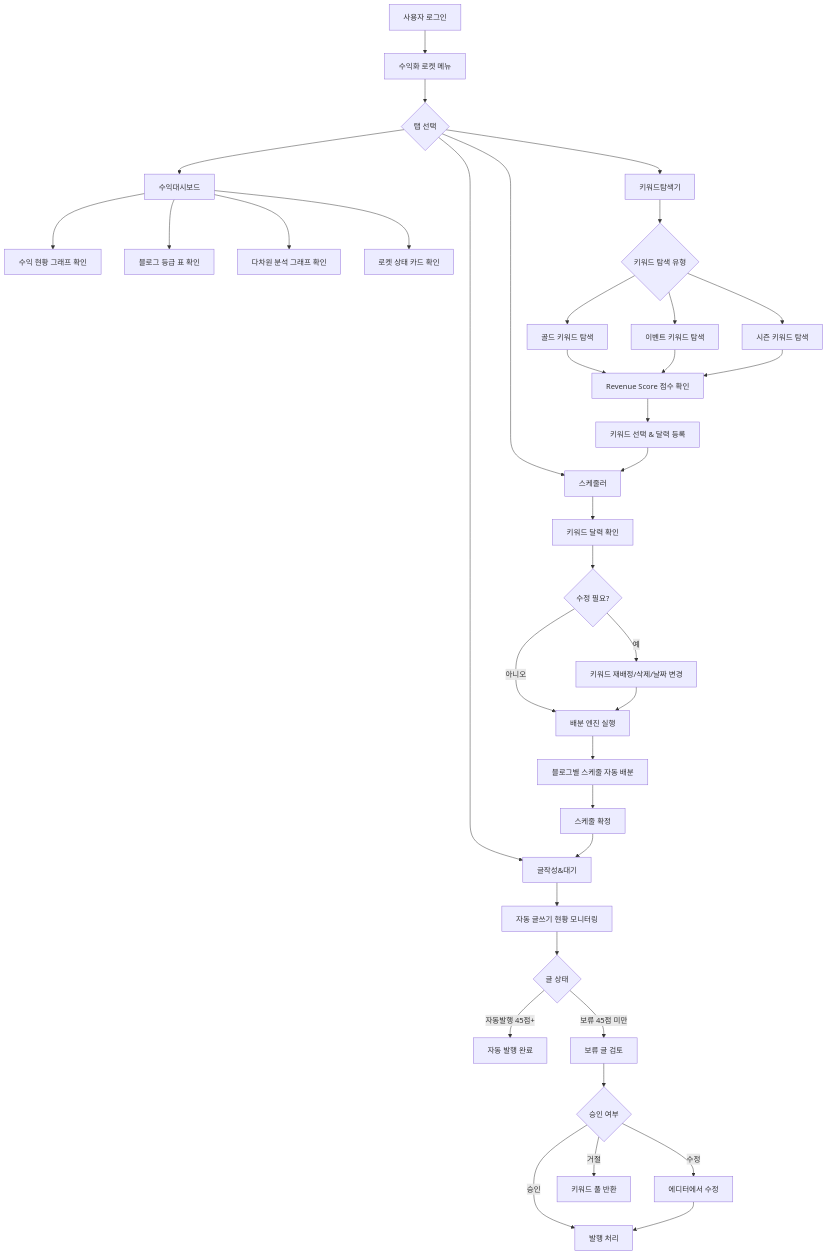
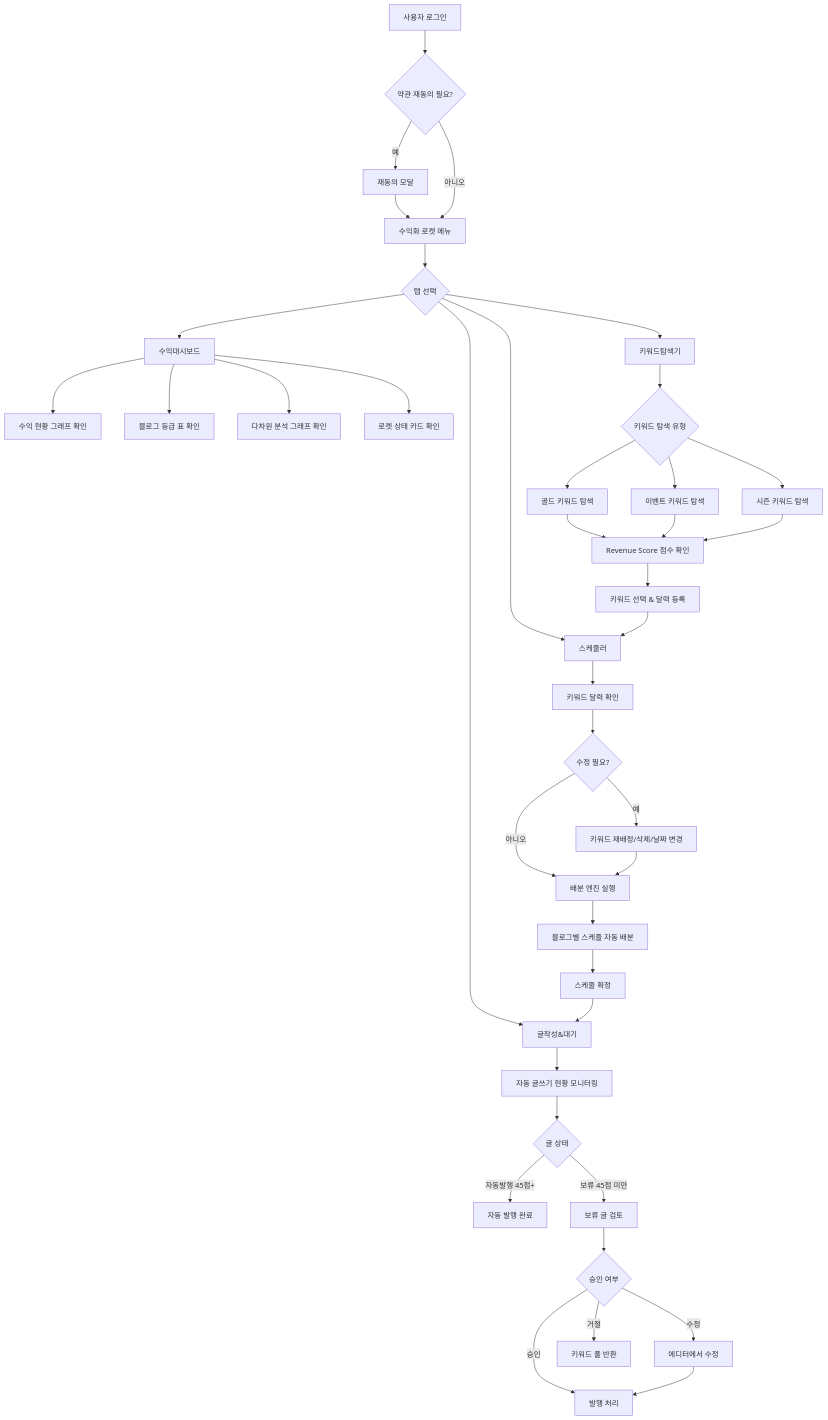
Before and after one commit to hakbun-maker/Multi-blog-hub: the first of 2 diagrams in docs/add/03-user-flow.md, drawn with Mermaid. The commit also changed other lines of this file and 348 other files, not shown here.

````diff
--- a/docs/add/03-user-flow.md
+++ b/docs/add/03-user-flow.md
@@ -9,44 +61,47 @@
 ```mermaid
 flowchart TD
-    A[사용자 로그인] --> B[수익화 로켓 메뉴]
+    A[사용자 로그인] --> A1{약관 재동의 필요?}
+    A1 --> |예| A2[재동의 모달]
+    A2 --> B[수익화 로켓 메뉴]
+    A1 --> |아니오| B[수익화 로켓 메뉴]
     B --> C{탭 선택}
 
     C --> D[수익대시보드]
     C --> E[키워드탐색기]
     C --> F[스케줄러]
     C --> G[글작성&대기]
 
     D --> D1[수익 현황 그래프 확인]
     D --> D2[블로그 등급 표 확인]
     D --> D3[다차원 분석 그래프 확인]
     D --> D4[로켓 상태 카드 확인]
 
     E --> E1{키워드 탐색 유형}
     E1 --> E2[골드 키워드 탐색]
     E1 --> E3[이벤트 키워드 탐색]
     E1 --> E4[시즌 키워드 탐색]
     E2 --> E5[Revenue Score 점수 확인]
     E3 --> E5
     E4 --> E5
     E5 --> E6[키워드 선택 & 달력 등록]
     E6 --> F
 
     F --> F1[키워드 달력 확인] 
     F1 --> F2{수정 필요?}
     F2 --> |예| F3[키워드 재배정/삭제/날짜 변경]
     F2 --> |아니오| F4[배분 엔진 실행]
     F3 --> F4
     F4 --> F5[블로그별 스케줄 자동 배분]
     F5 --> F6[스케줄 확정]
     F6 --> G
 
     G --> G1[자동 글쓰기 현황 모니터링]
     G1 --> G2{글 상태}
     G2 --> |자동발행 45점+| G3[자동 발행 완료]
     G2 --> |보류 45점 미만| G4[보류 글 검토]
     G4 --> G5{승인 여부}
     G5 --> |승인| G6[발행 처리]
     G5 --> |수정| G7[에디터에서 수정]
     G5 --> |거절| G8[키워드 풀 반환]
     G7 --> G6
 ```
````
